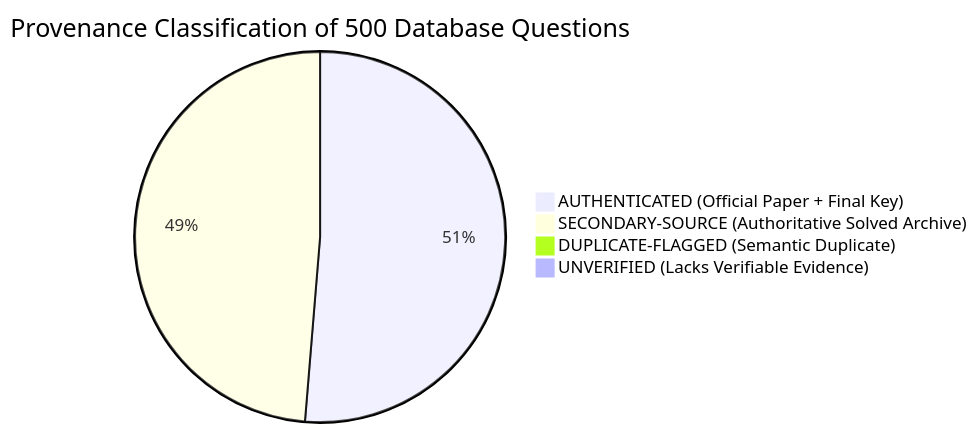
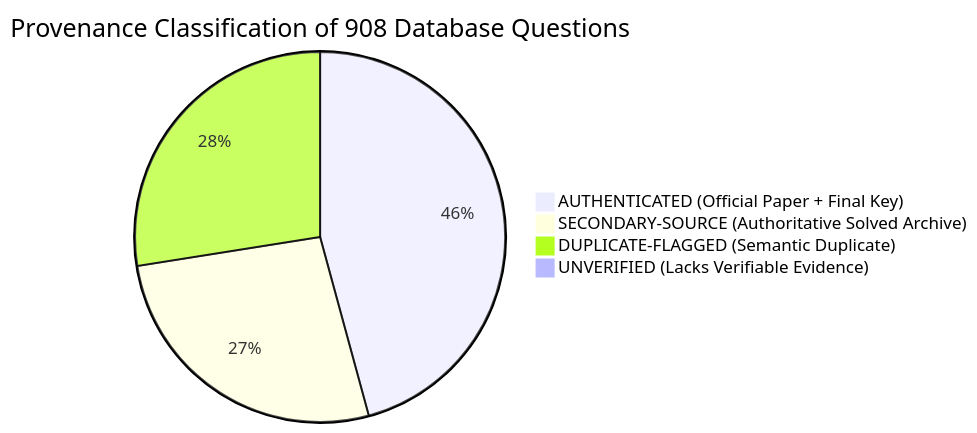
The first of 2 diagrams in INTEGRITY_AUDIT.md (Gudibettumane/AAI-Manager), drawn with Mermaid before and after one commit. The commit also changed other lines of this file and 6 other files, not shown here.

````diff
--- a/INTEGRITY_AUDIT.md
+++ b/INTEGRITY_AUDIT.md
@@ -57,7 +52,7 @@
 ```mermaid
-pie title Provenance Classification of 500 Database Questions
-    "AUTHENTICATED (Official Paper + Final Key)" : 256
+pie title Provenance Classification of 908 Database Questions
+    "AUTHENTICATED (Official Paper + Final Key)" : 416
     "SECONDARY-SOURCE (Authoritative Solved Archive)" : 243
-    "DUPLICATE-FLAGGED (Semantic Duplicate)" : 1
+    "DUPLICATE-FLAGGED (Semantic Duplicate)" : 250
     "UNVERIFIED (Lacks Verifiable Evidence)" : 0
 ```
````
